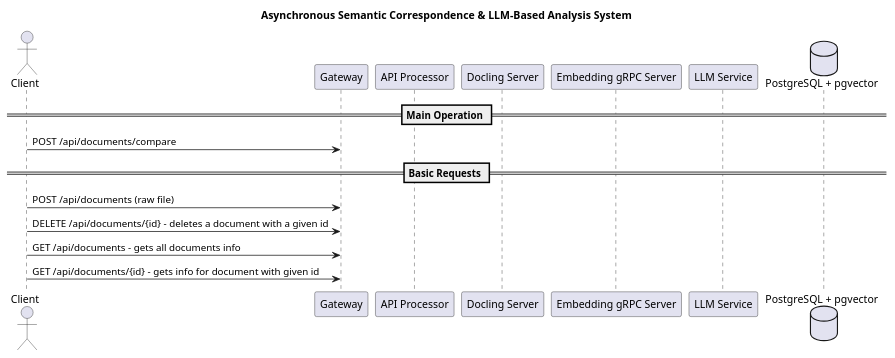
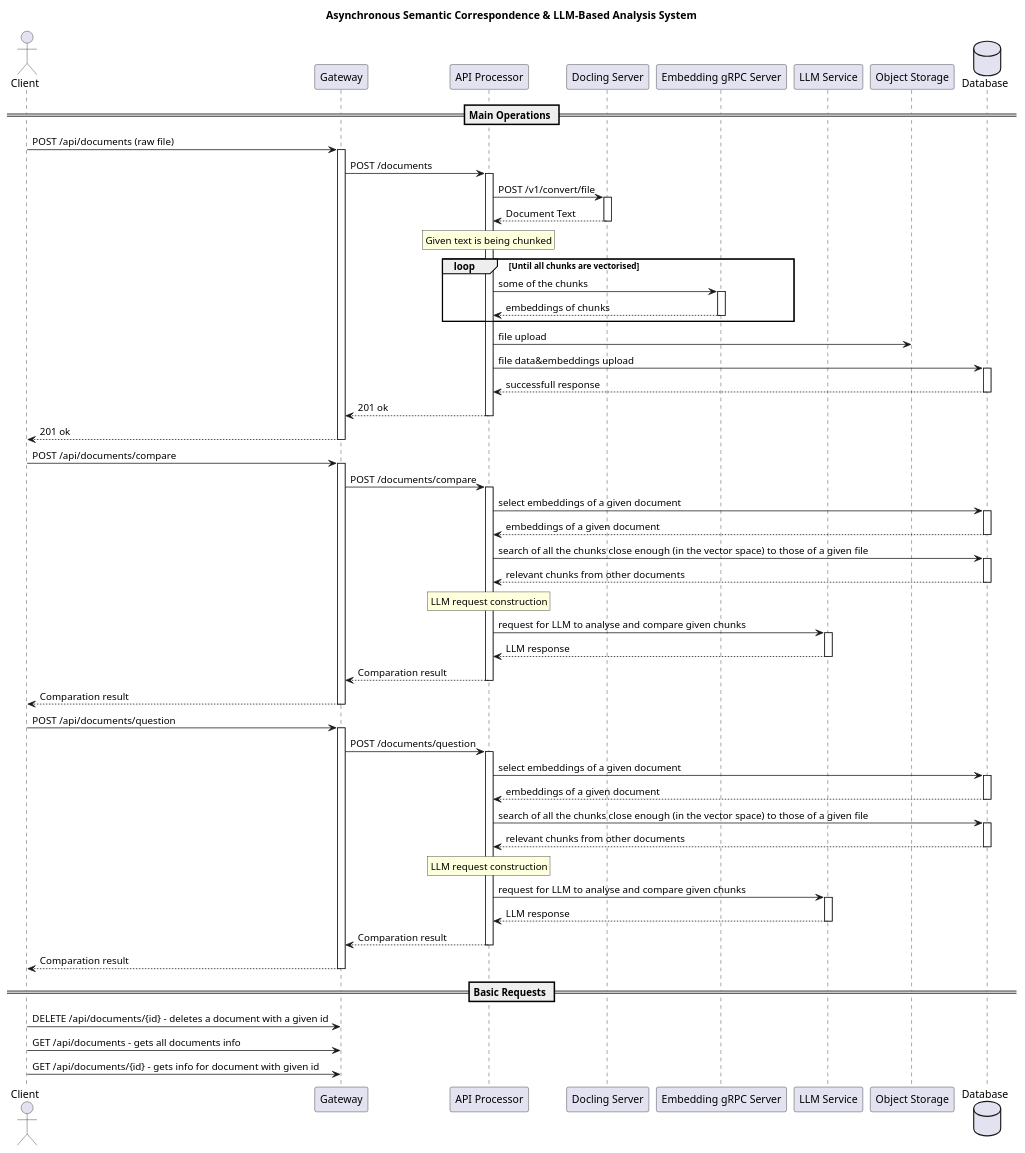
The diagram in UML Sequence.puml (TechnoDamo/Diploma_Kubsu), drawn with PlantUML before and after one commit.

Commit message:
uml sequence code

```diff
--- a/UML Sequence.puml
+++ b/UML Sequence.puml
@@ -1,23 +1,94 @@
 @startuml
 title Asynchronous Semantic Correspondence & LLM-Based Analysis System
 
 actor Client
 participant Gateway
 participant "API Processor" as API
 participant "Docling Server" as docling
 participant "Embedding gRPC Server" as Embedder
 participant "LLM Service" as LLM
-database "PostgreSQL + pgvector" as DB
+participant "Object Storage" as minio
+database "Database" as DB
 
-== Main Operation ==
-Client -> Gateway: POST /api/documents/compare
+== Main Operations ==
+Client -> Gateway: POST /api/documents (raw file)
+activate Gateway
+    Gateway -> API: POST /documents
+    activate API
+    API -> docling: POST /v1/convert/file
+    activate docling
+    docling --> API: Document Text
+    deactivate docling
+    rnote over API
+    Given text is being chunked
+    endhnote 
+    loop Until all chunks are vectorised 
+    API -> Embedder: some of the chunks
+    activate Embedder
+    Embedder --> API: embeddings of chunks 
+    deactivate Embedder
+    end 
+    API -> minio: file upload 
+    API -> DB: file data&embeddings upload
+    activate DB
+    DB --> API: successfull response
+    deactivate DB
+    API --> Gateway: 201 ok
+    deactivate API
+Gateway --> Client: 201 ok
+deactivate Gateway
+
+Client -> Gateway: POST /api/documents/compare 
+activate Gateway 
+    Gateway -> API: POST /documents/compare
+    activate API 
+        API -> DB: select embeddings of a given document
+        activate DB
+        DB --> API: embeddings of a given document
+        deactivate DB
+        API -> DB: search of all the chunks close enough (in the vector space) to those of a given file
+        activate DB
+        DB --> API: relevant chunks from other documents
+        deactivate DB
+        rnote over API 
+        LLM request construction
+        end rnote
+        API -> LLM: request for LLM to analyse and compare given chunks  
+        activate LLM
+        LLM --> API: LLM response 
+        deactivate LLM
+    API --> Gateway: Comparation result
+    deactivate API
+Gateway --> Client: Comparation result 
+deactivate Gateway
+
+Client -> Gateway: POST /api/documents/question 
+activate Gateway 
+    Gateway -> API: POST /documents/question
+    activate API 
+        API -> DB: select embeddings of a given document
+        activate DB
+        DB --> API: embeddings of a given document
+        deactivate DB
+        API -> DB: search of all the chunks close enough (in the vector space) to those of a given file
+        activate DB
+        DB --> API: relevant chunks from other documents
+        deactivate DB
+        rnote over API 
+        LLM request construction
+        end rnote
+        API -> LLM: request for LLM to analyse and compare given chunks  
+        activate LLM
+        LLM --> API: LLM response 
+        deactivate LLM
+    API --> Gateway: Comparation result
+    deactivate API
+Gateway --> Client: Comparation result 
+deactivate Gateway
 
 == Basic Requests ==
-Client -> Gateway: POST /api/documents (raw file)
-
-
 Client -> Gateway: DELETE /api/documents/{id} - deletes a document with a given id
 Client -> Gateway: GET /api/documents - gets all documents info 
 Client -> Gateway: GET /api/documents/{id} - gets info for document with given id 
 
 @enduml
```
